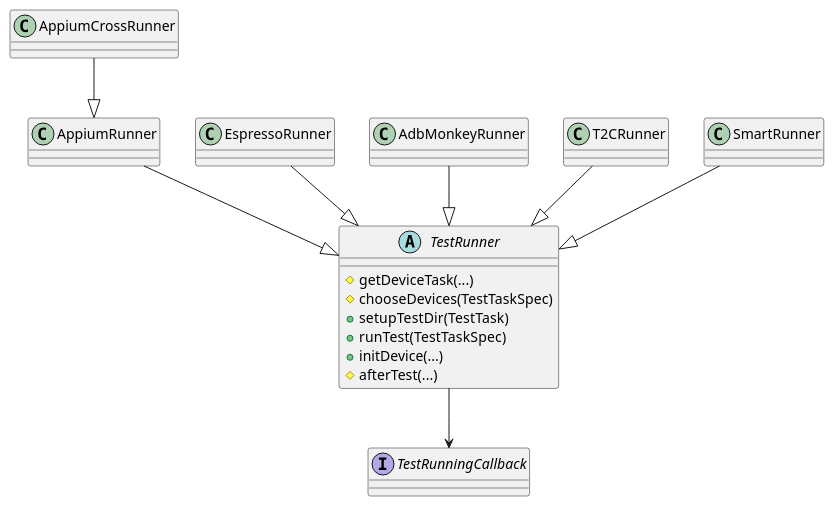
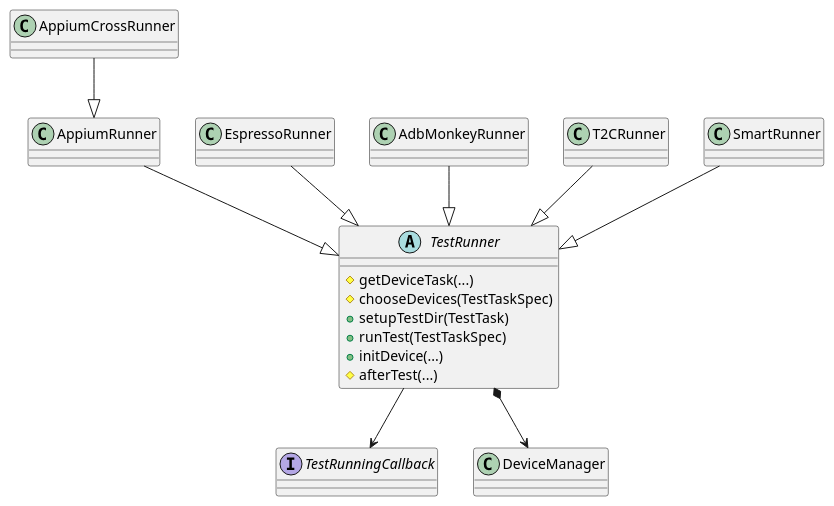
The first of 4 diagrams in agent/doc/UML/test_runner_design.puml (microsoft/HydraLab), drawn with PlantUML before and after one commit. The commit also changed other lines of this file and 1 other file, not shown here.

Commit message:
Create UML to understand the test runner code and kick the plan for refactoring

```diff
--- a/agent/doc/UML/test_runner_design.puml
+++ b/agent/doc/UML/test_runner_design.puml
@@ -1,21 +1,23 @@
 @startuml test_runners_classes
 abstract class TestRunner {
     #getDeviceTask(...)
     #chooseDevices(TestTaskSpec)
     +setupTestDir(TestTask)
     +runTest(TestTaskSpec)
     +initDevice(...)
     #afterTest(...)
 }
 interface TestRunningCallback
 
 AppiumRunner --|> TestRunner
 EspressoRunner --|> TestRunner
 AdbMonkeyRunner --|> TestRunner
 T2CRunner --|> TestRunner
 SmartRunner --|> TestRunner
 
 TestRunner --> TestRunningCallback
 
+TestRunner *--> DeviceManager
+
 AppiumCrossRunner --|> AppiumRunner
 @enduml
```
